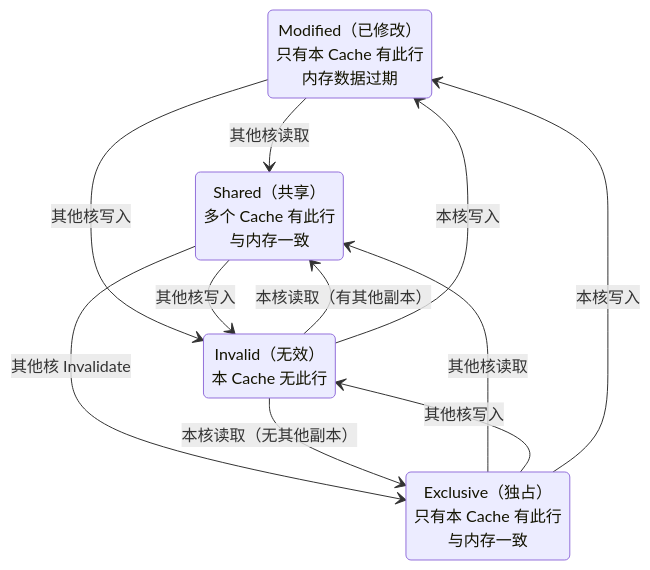
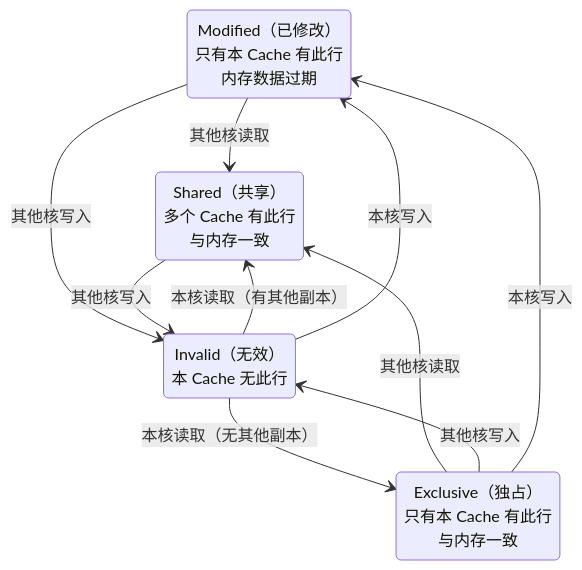
The fifth of 7 diagrams in riscv/04-microarchitecture/advanced-microarchitecture.md (swjtuer326/cs-learning-notes), drawn with Mermaid before and after one commit. The commit also changed other lines of this file and 19 other files, not shown here.

First line of the commit message:
fix(riscv): 修复文档事实错误、概念不准确和 mermaid 渲染失败问题

````diff
--- a/riscv/04-microarchitecture/advanced-microarchitecture.md
+++ b/riscv/04-microarchitecture/advanced-microarchitecture.md
@@ -168,18 +168,17 @@
 ```mermaid
 stateDiagram-v2
     M: Modified（已修改）<br/>只有本 Cache 有此行<br/>内存数据过期
     E: Exclusive（独占）<br/>只有本 Cache 有此行<br/>与内存一致
     S: Shared（共享）<br/>多个 Cache 有此行<br/>与内存一致
     I: Invalid（无效）<br/>本 Cache 无此行
 
     M --> S: 其他核读取
     M --> I: 其他核写入
     E --> S: 其他核读取
     E --> I: 其他核写入
     S --> I: 其他核写入
-    S --> E: 其他核 Invalidate
     I --> E: 本核读取（无其他副本）
     I --> S: 本核读取（有其他副本）
     I --> M: 本核写入
     E --> M: 本核写入
 ```
````
